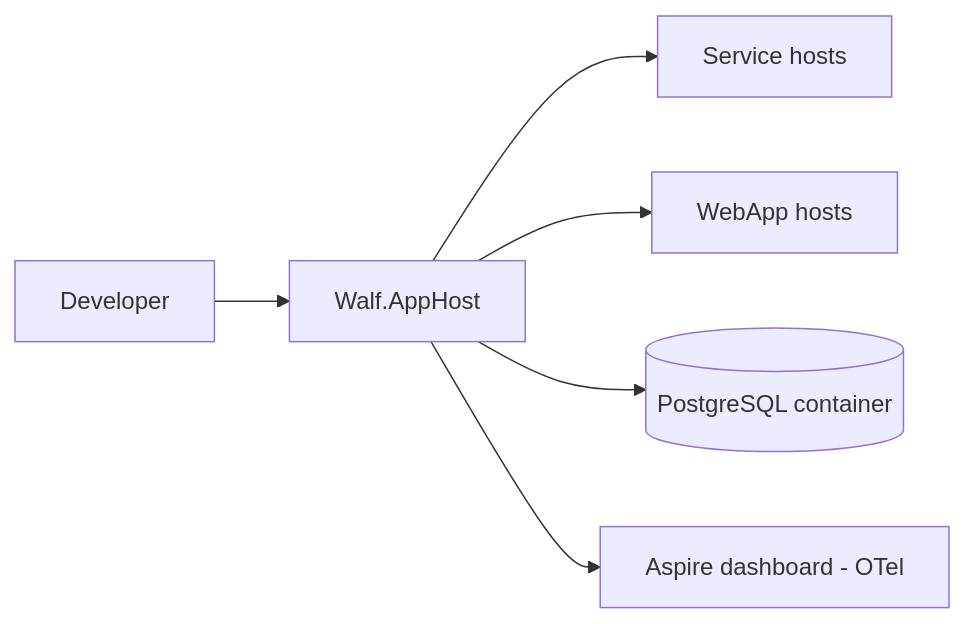
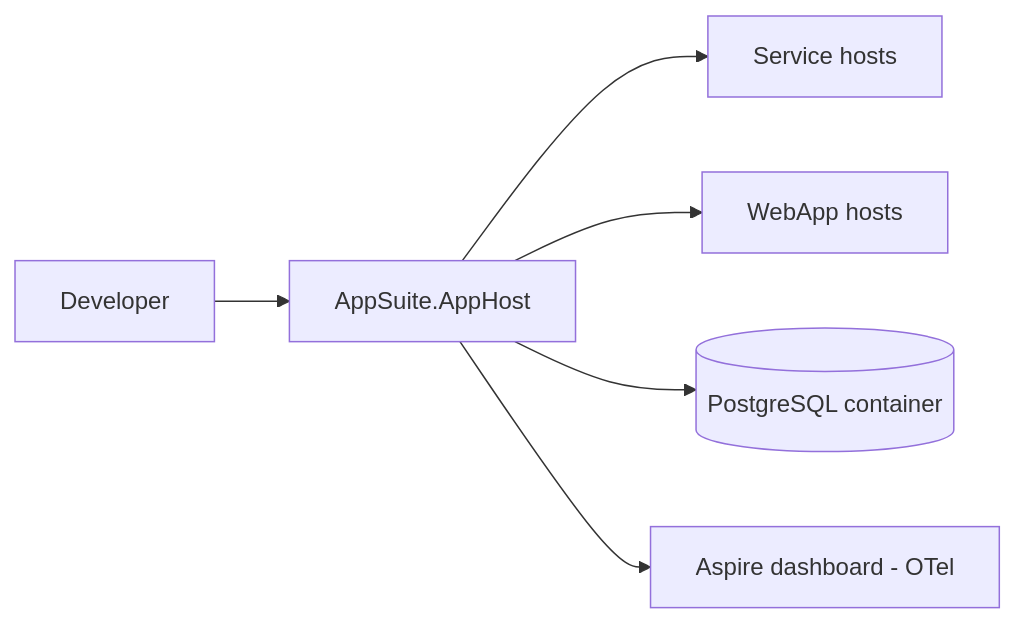
One commit to CircleTools-ch/circletools-suite changed the diagram in docs/arc42/07-deployment-view.md. Above: the diagram before and after it, drawn with Mermaid. The commit also changed other lines of this file and 258 other files, not shown here.

Commit message:
Rename back to AppSuite

````diff
--- a/docs/arc42/07-deployment-view.md
+++ b/docs/arc42/07-deployment-view.md
@@ -19,8 +19,8 @@
 ```mermaid
 flowchart LR
-    Dev[Developer] --> AppHost[Walf.AppHost]
+    Dev[Developer] --> AppHost[AppSuite.AppHost]
     AppHost --> API[Service hosts]
     AppHost --> Web[WebApp hosts]
     AppHost --> PG[(PostgreSQL container)]
     AppHost --> Dash[Aspire dashboard - OTel]
 ```
````
